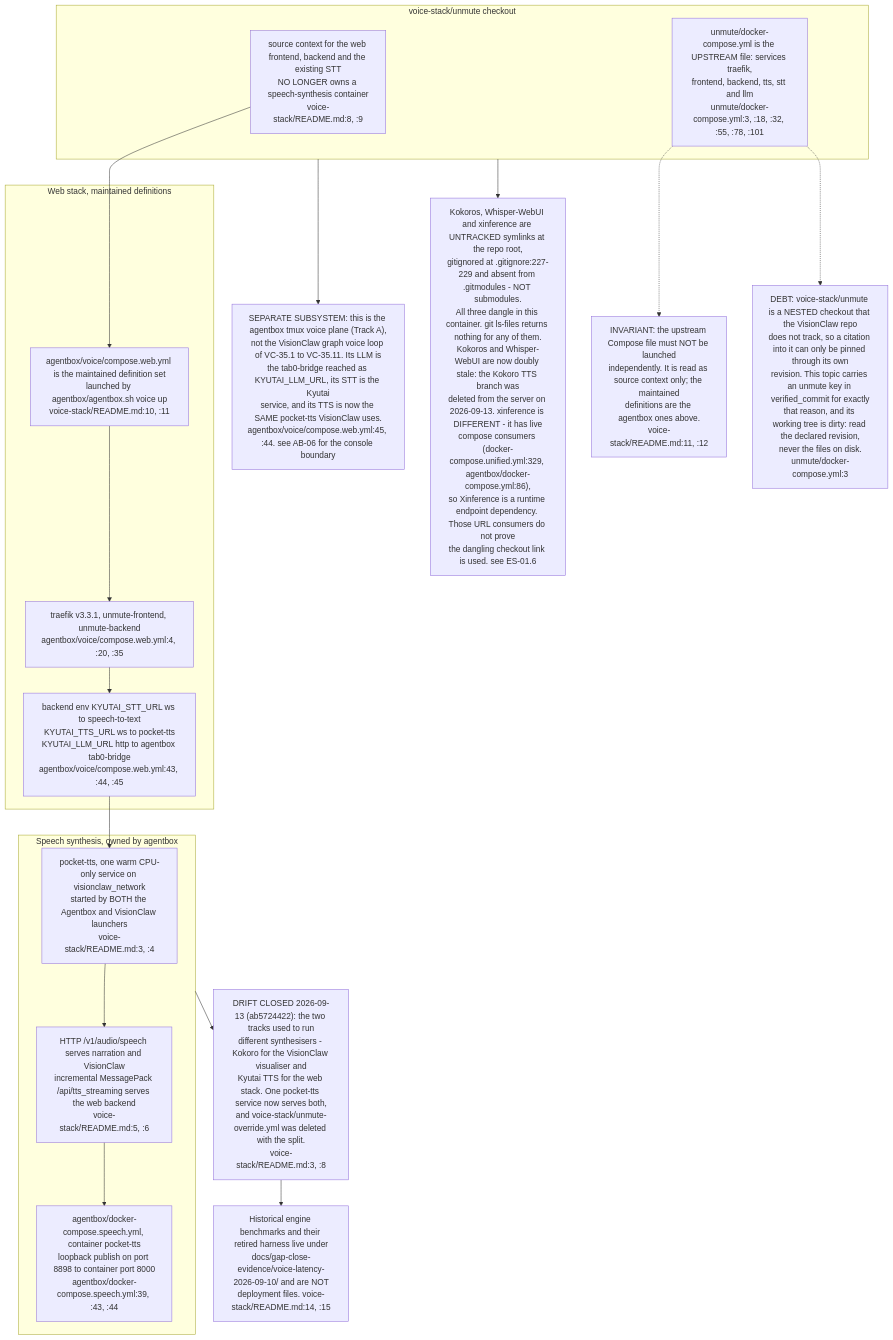
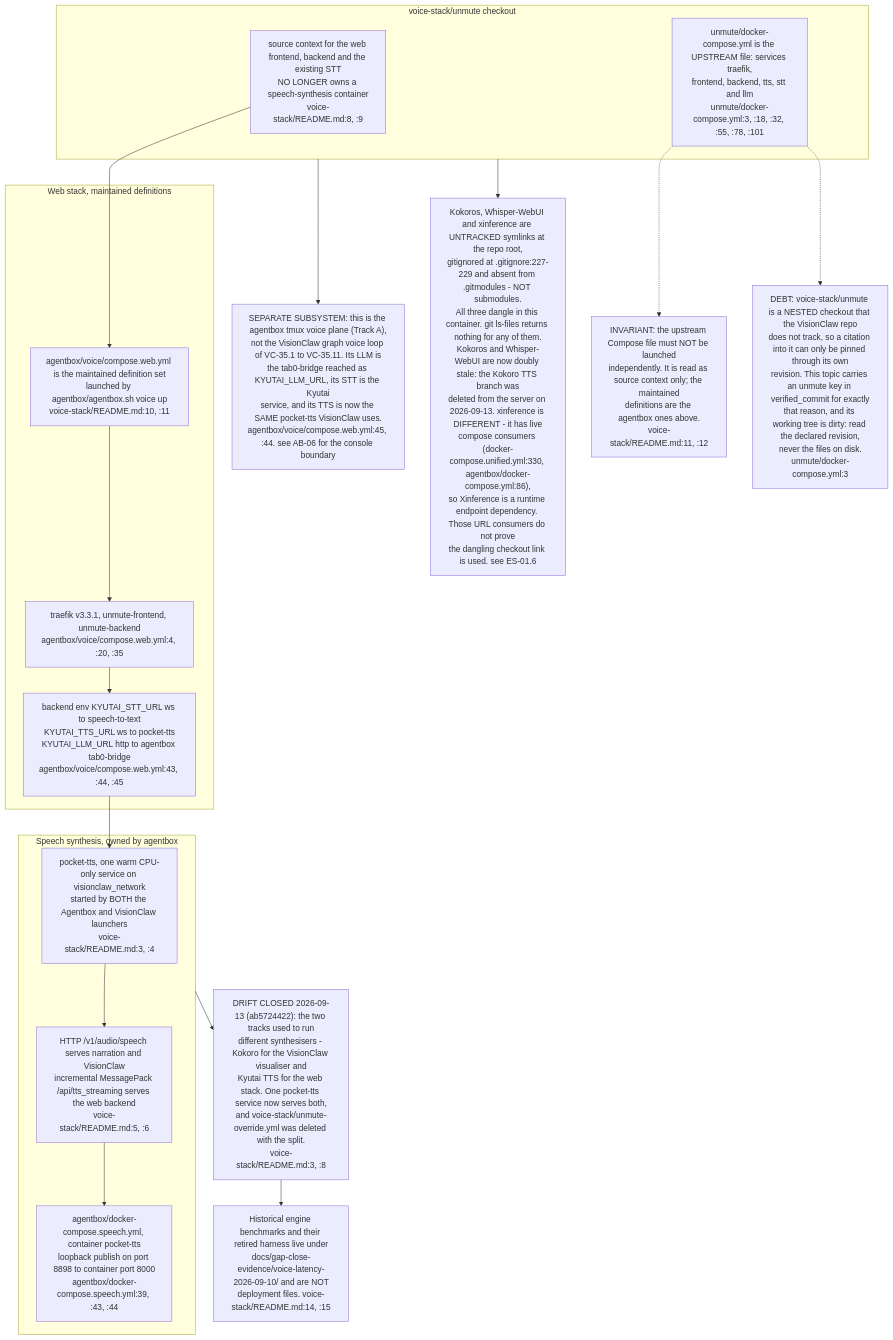
The tenth of 12 diagrams in docs/diagrams/visionclaw/35-voice-end-to-end.md (DreamLab-AI/VisionFlow), drawn with Mermaid before and after one commit. The commit also changed other lines of this file and 111 other files, not shown here.

Commit message:
docs(diagrams): align estate maps with current source

````diff
--- a/docs/diagrams/visionclaw/35-voice-end-to-end.md
+++ b/docs/diagrams/visionclaw/35-voice-end-to-end.md
@@ -475,33 +475,33 @@
 ```mermaid
 flowchart TB
     subgraph owned["Speech synthesis, owned by agentbox"]
         P1["pocket-tts, one warm CPU-only service on visionclaw_network<br/>started by BOTH the Agentbox and VisionClaw launchers<br/>voice-stack/README.md:3, :4"]
         P2["HTTP /v1/audio/speech serves narration and VisionClaw<br/>incremental MessagePack /api/tts_streaming serves the web backend<br/>voice-stack/README.md:5, :6"]
         P3["agentbox/docker-compose.speech.yml, container pocket-tts<br/>loopback publish on port 8898 to container port 8000<br/>agentbox/docker-compose.speech.yml:39, :43, :44"]
     end
     subgraph web["Web stack, maintained definitions"]
         W1["agentbox/voice/compose.web.yml is the maintained definition set<br/>launched by agentbox/agentbox.sh voice up<br/>voice-stack/README.md:10, :11"]
         W2["traefik v3.3.1, unmute-frontend, unmute-backend<br/>agentbox/voice/compose.web.yml:4, :20, :35"]
         W3["backend env KYUTAI_STT_URL ws to speech-to-text<br/>KYUTAI_TTS_URL ws to pocket-tts<br/>KYUTAI_LLM_URL http to agentbox tab0-bridge<br/>agentbox/voice/compose.web.yml:43, :44, :45"]
     end
     subgraph legacy["voice-stack/unmute checkout"]
         U1["source context for the web frontend, backend and the existing STT<br/>NO LONGER owns a speech-synthesis container<br/>voice-stack/README.md:8, :9"]
         U2["unmute/docker-compose.yml is the UPSTREAM file: services traefik,<br/>frontend, backend, tts, stt and llm<br/>unmute/docker-compose.yml:3, :18, :32, :55, :78, :101"]
     end
     P1 --> P2 --> P3
     W1 --> W2 --> W3
     W3 --> P1
     U1 --> W1
     U2 -.-> INV
     INV["INVARIANT: the upstream Compose file must NOT be launched<br/>independently. It is read as source context only; the maintained<br/>definitions are the agentbox ones above.<br/>voice-stack/README.md:11, :12"]
     U2 -.-> UNPIN
     UNPIN["DEBT: voice-stack/unmute is a NESTED checkout that the VisionClaw repo<br/>does not track, so a citation into it can only be pinned through its own<br/>revision. This topic carries an unmute key in verified_commit for exactly<br/>that reason, and its working tree is dirty: read the declared revision,<br/>never the files on disk.<br/>unmute/docker-compose.yml:3"]
     legacy --> SEP
     SEP["SEPARATE SUBSYSTEM: this is the agentbox tmux voice plane (Track A),<br/>not the VisionClaw graph voice loop of VC-35.1 to VC-35.11. Its LLM is<br/>the tab0-bridge reached as KYUTAI_LLM_URL, its STT is the Kyutai<br/>service, and its TTS is now the SAME pocket-tts VisionClaw uses.<br/>agentbox/voice/compose.web.yml:45, :44. see AB-06 for the console boundary"]
     owned --> CONV
     CONV["DRIFT CLOSED 2026-09-13 (ab5724422): the two tracks used to run<br/>different synthesisers - Kokoro for the VisionClaw visualiser and<br/>Kyutai TTS for the web stack. One pocket-tts service now serves both,<br/>and voice-stack/unmute-override.yml was deleted with the split.<br/>voice-stack/README.md:3, :8"]
-    DIV["Kokoros, Whisper-WebUI and xinference are UNTRACKED symlinks at the repo root,<br/>gitignored at .gitignore:227-229 and absent from .gitmodules - NOT submodules.<br/>All three dangle in this container. git ls-files returns nothing for any of them.<br/>Kokoros and Whisper-WebUI are now doubly stale: the Kokoro TTS branch was<br/>deleted from the server on 2026-09-13. xinference is DIFFERENT - it has live<br/>compose consumers (docker-compose.unified.yml:329, agentbox/docker-compose.yml:86),<br/>so Xinference is a runtime endpoint dependency. Those URL consumers do not prove<br/>the dangling checkout link is used. see ES-01.6"]
+    DIV["Kokoros, Whisper-WebUI and xinference are UNTRACKED symlinks at the repo root,<br/>gitignored at .gitignore:227-229 and absent from .gitmodules - NOT submodules.<br/>All three dangle in this container. git ls-files returns nothing for any of them.<br/>Kokoros and Whisper-WebUI are now doubly stale: the Kokoro TTS branch was<br/>deleted from the server on 2026-09-13. xinference is DIFFERENT - it has live<br/>compose consumers (docker-compose.unified.yml:330, agentbox/docker-compose.yml:86),<br/>so Xinference is a runtime endpoint dependency. Those URL consumers do not prove<br/>the dangling checkout link is used. see ES-01.6"]
     legacy --> DIV
     HIST["Historical engine benchmarks and their retired harness live under<br/>docs/gap-close-evidence/voice-latency-2026-09-10/ and are NOT<br/>deployment files. voice-stack/README.md:14, :15"]
     CONV --> HIST
 ```
````
